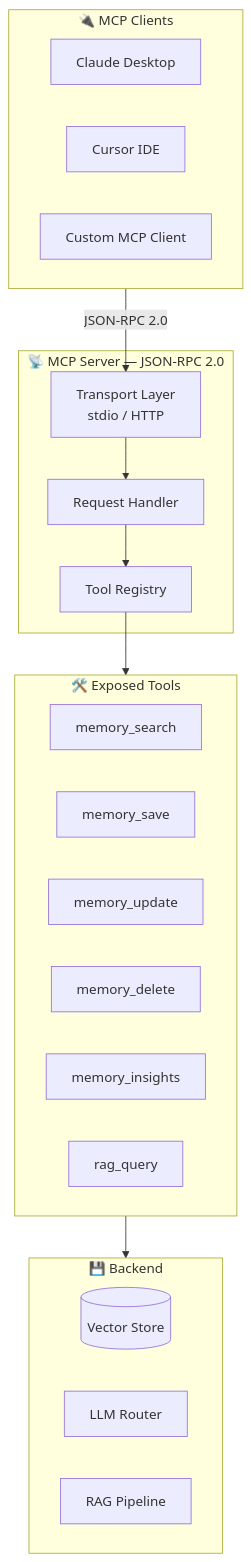
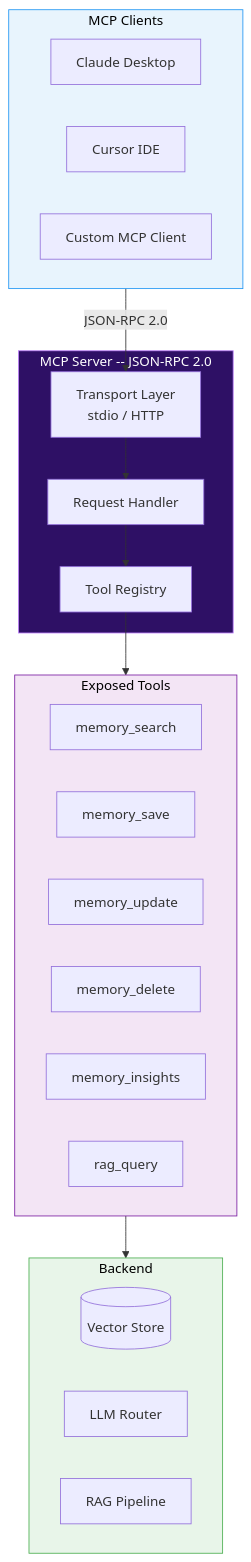
One commit to mulkymalikuldhrs/mnemosyne changed the fourth of 5 diagrams in README.md. Above: the diagram before and after it, drawn with Mermaid. The commit also changed other lines of this file and 1 other file, not shown here.

Commit message:
🎨 Upgrade: banner image + fixed Mermaid + animations + flow diagrams

````diff
--- a/README.md
+++ b/README.md
@@ -242,35 +207,40 @@
 ```mermaid
 flowchart TB
-    subgraph Clients["🔌 MCP Clients"]
+    subgraph Clients["MCP Clients"]
         Claude[Claude Desktop]
         Cursor[Cursor IDE]
-        Custom[Custom MCP Client]
+        CustomClient[Custom MCP Client]
     end
 
-    subgraph Server["📡 MCP Server — JSON-RPC 2.0"]
+    subgraph Server["MCP Server -- JSON-RPC 2.0"]
         Transport[Transport Layer<br/>stdio / HTTP]
         Handler[Request Handler]
         Registry[Tool Registry]
     end
 
-    subgraph Tools["🛠️ Exposed Tools"]
+    subgraph Tools["Exposed Tools"]
         MemSearch[memory_search]
         MemSave[memory_save]
         MemUpdate[memory_update]
         MemDelete[memory_delete]
         MemInsights[memory_insights]
         RagQuery[rag_query]
     end
 
-    subgraph Backend["💾 Backend"]
+    subgraph Backend["Backend"]
         VecStore[(Vector Store)]
         LLMRouter[LLM Router]
         RAGPipe[RAG Pipeline]
     end
 
     Clients -->|JSON-RPC 2.0| Transport
     Transport --> Handler
     Handler --> Registry
     Registry --> Tools
     Tools --> Backend
+
+    style Clients fill:#e8f4fd,stroke:#2196f3,color:#000
+    style Server fill:#2e1065,stroke:#c084fc,color:#fff
+    style Tools fill:#f3e5f5,stroke:#7b1fa2,color:#000
+    style Backend fill:#e8f5e9,stroke:#4caf50,color:#000
 ```
````
